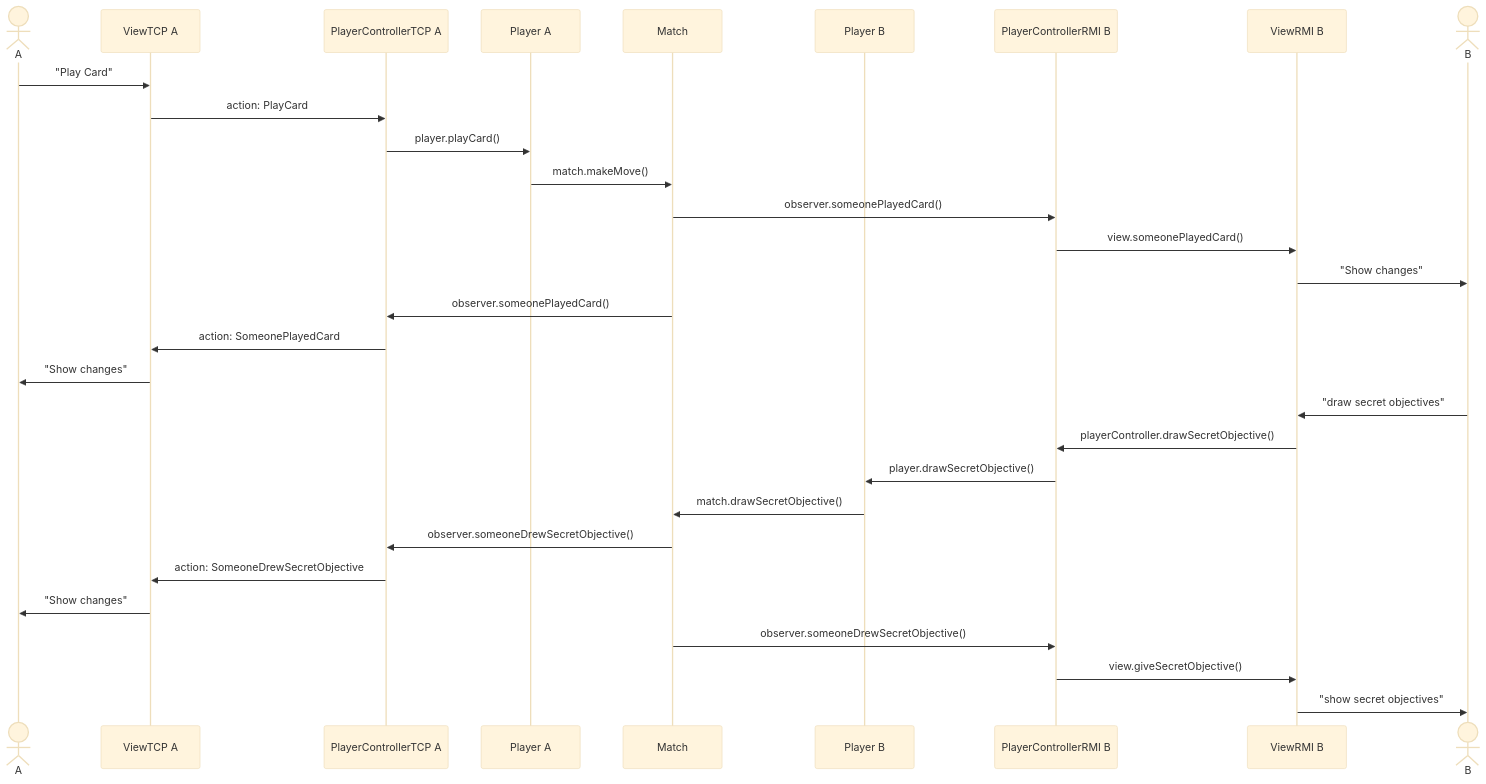
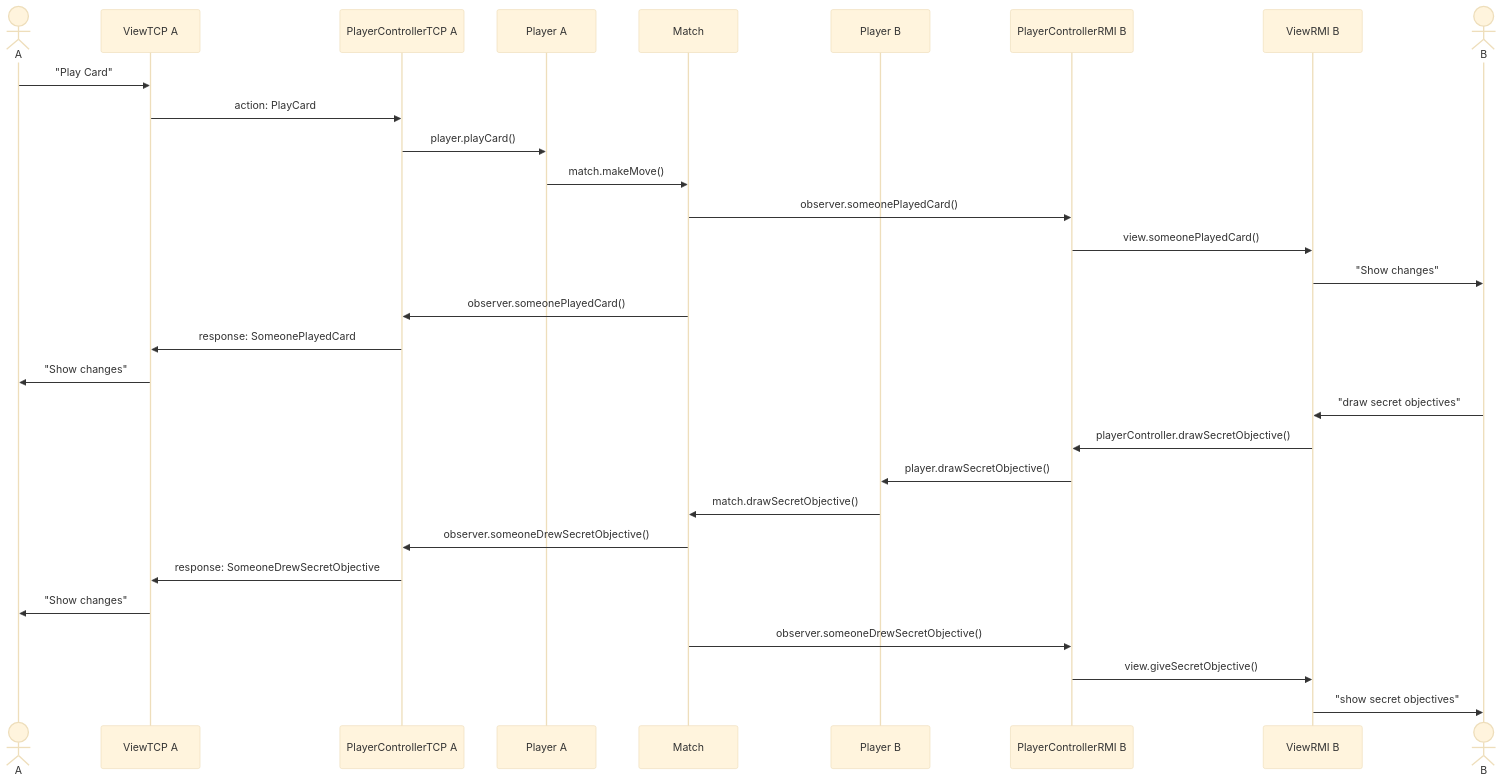
The diagram in deliveries/UML/class_sequence_diagram.mmd (grecodavide/IS24-AM08), drawn with Mermaid (base theme) before and after one commit. The commit also changed 6 other files, not shown here.

Commit message:
Update UML diagrams

```diff
--- a/deliveries/UML/class_sequence_diagram.mmd
+++ b/deliveries/UML/class_sequence_diagram.mmd
@@ -1,31 +1,31 @@
 sequenceDiagram
     Actor A
     Participant ViewTCP A
     Participant PlayerControllerTCP A
     Participant Player A
     Participant Match
     Participant Player B
     Participant PlayerControllerRMI B
     Participant ViewRMI B
     Actor B
 
     A ->> ViewTCP A: "Play Card"
     ViewTCP A->>PlayerControllerTCP A: action: PlayCard
     PlayerControllerTCP A ->> Player A: player.playCard()
     Player A ->> Match: match.makeMove()
     Match ->> PlayerControllerRMI B: observer.someonePlayedCard()
     PlayerControllerRMI B ->> ViewRMI B: view.someonePlayedCard()
     ViewRMI B ->> B: "Show changes"
     Match ->> PlayerControllerTCP A: observer.someonePlayedCard()
-    PlayerControllerTCP A ->> ViewTCP A: action: SomeonePlayedCard
+    PlayerControllerTCP A ->> ViewTCP A: response: SomeonePlayedCard
     ViewTCP A ->> A: "Show changes"
     B ->> ViewRMI B: "draw secret objectives"
     ViewRMI B ->> PlayerControllerRMI B: playerController.drawSecretObjective()
     PlayerControllerRMI B ->> Player B: player.drawSecretObjective()
     Player B ->> Match: match.drawSecretObjective()
     Match ->> PlayerControllerTCP A: observer.someoneDrewSecretObjective()
-    PlayerControllerTCP A ->> ViewTCP A: action: SomeoneDrewSecretObjective
+    PlayerControllerTCP A ->> ViewTCP A: response: SomeoneDrewSecretObjective
     ViewTCP A ->> A: "Show changes"
     Match ->> PlayerControllerRMI B: observer.someoneDrewSecretObjective()
     PlayerControllerRMI B ->> ViewRMI B: view.giveSecretObjective()
     ViewRMI B ->> B: "show secret objectives"
```
